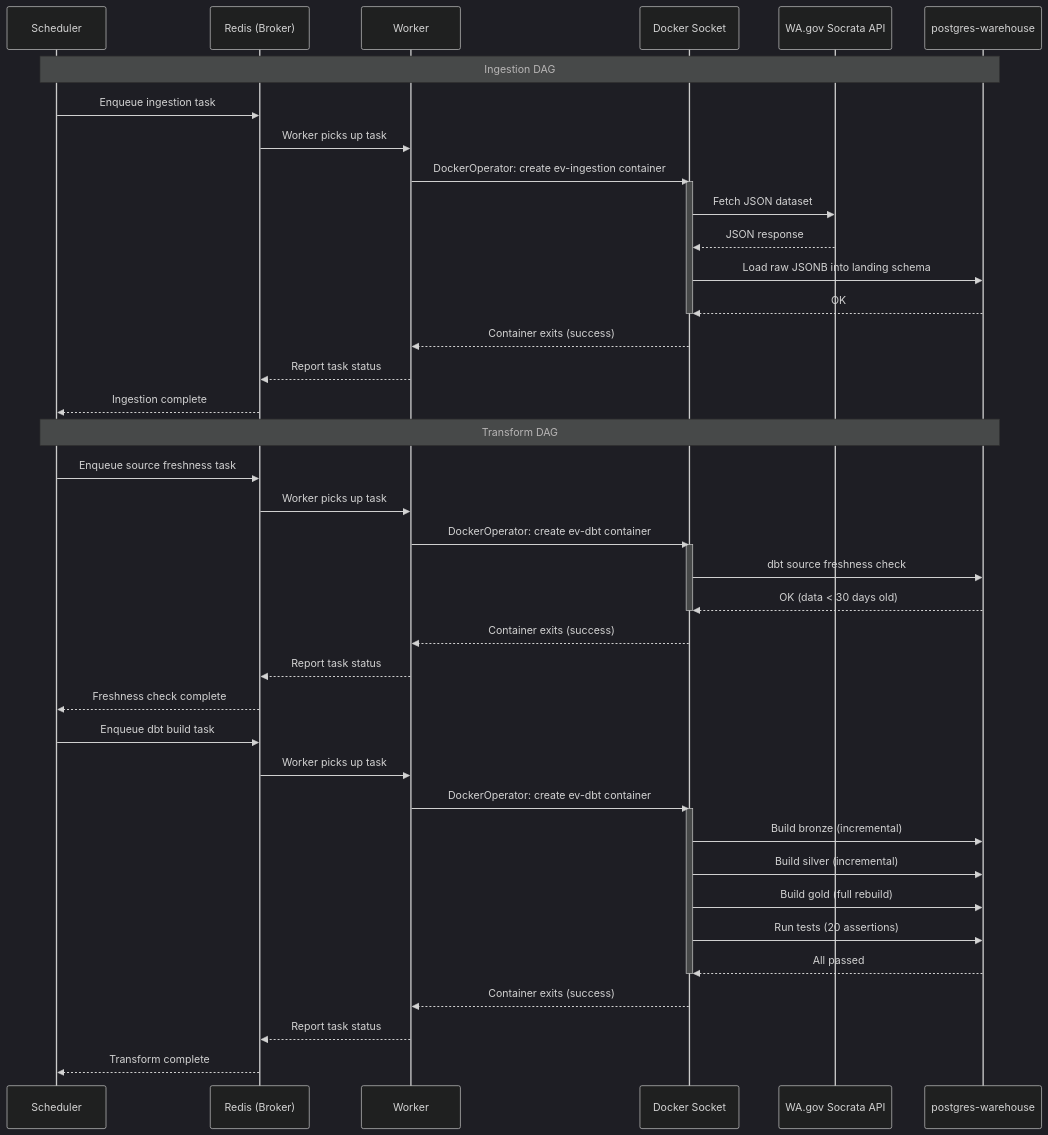
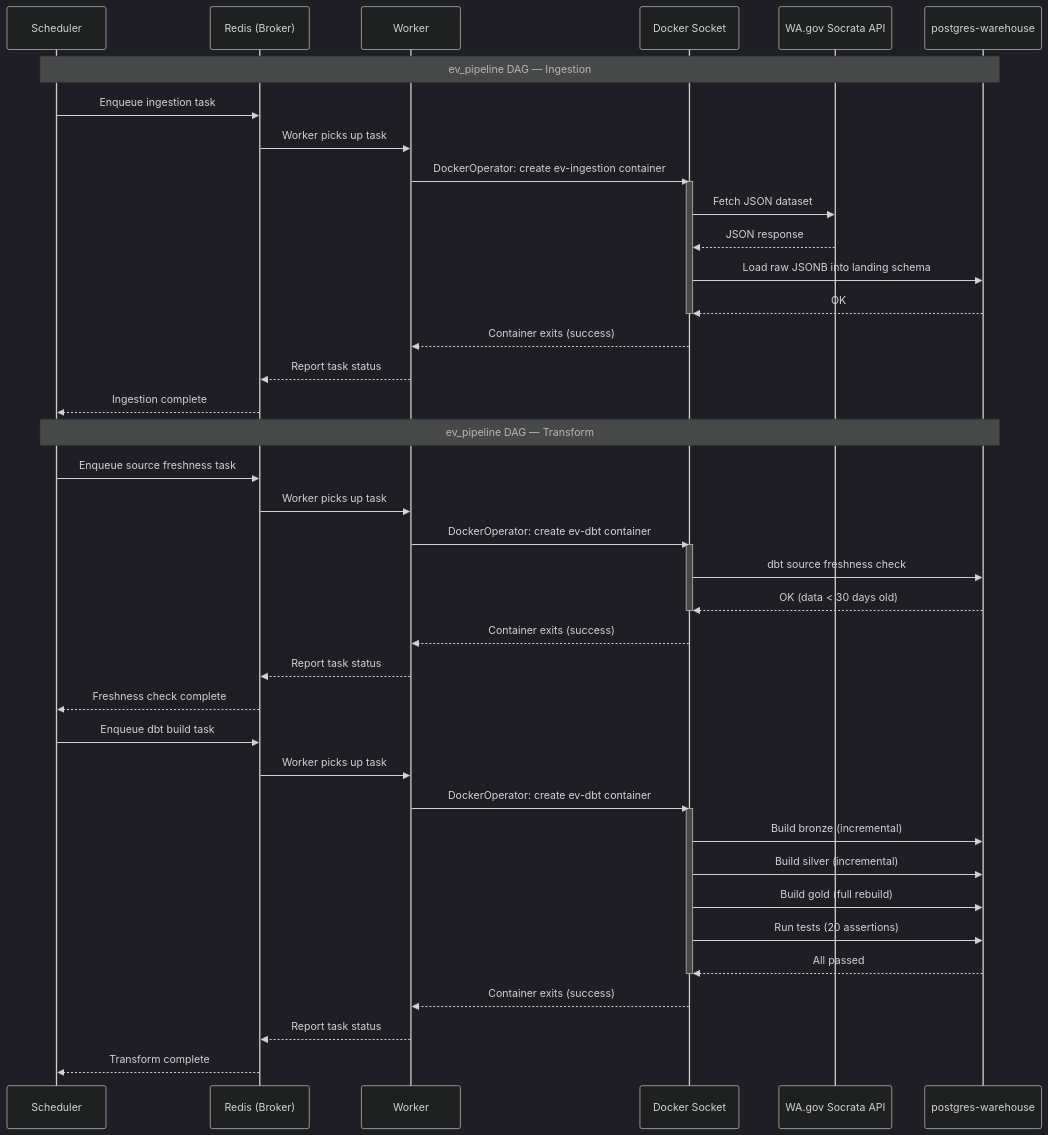
Before and after one commit to JP2620/data-ev-population: the diagram in docs/architecture.md, drawn with Mermaid (dark theme). The commit also changed 5 other files, not shown here.

````diff
--- a/docs/architecture.md
+++ b/docs/architecture.md
@@ -28,49 +28,49 @@
 ```mermaid
 sequenceDiagram
     participant S as Scheduler
     participant R as Redis (Broker)
     participant W as Worker
     participant D as Docker Socket
     participant API as WA.gov Socrata API
     participant PG as postgres-warehouse
 
-    Note over S,PG: Ingestion DAG
+    Note over S,PG: ev_pipeline DAG — Ingestion
     S->>R: Enqueue ingestion task
     R->>W: Worker picks up task
     W->>D: DockerOperator: create ev-ingestion container
     activate D
     D->>API: Fetch JSON dataset
     API-->>D: JSON response
     D->>PG: Load raw JSONB into landing schema
     PG-->>D: OK
     deactivate D
     D-->>W: Container exits (success)
     W-->>R: Report task status
     R-->>S: Ingestion complete
 
-    Note over S,PG: Transform DAG
+    Note over S,PG: ev_pipeline DAG — Transform
     S->>R: Enqueue source freshness task
     R->>W: Worker picks up task
     W->>D: DockerOperator: create ev-dbt container
     activate D
     D->>PG: dbt source freshness check
     PG-->>D: OK (data < 30 days old)
     deactivate D
     D-->>W: Container exits (success)
     W-->>R: Report task status
     R-->>S: Freshness check complete
 
     S->>R: Enqueue dbt build task
     R->>W: Worker picks up task
     W->>D: DockerOperator: create ev-dbt container
     activate D
     D->>PG: Build bronze (incremental)
     D->>PG: Build silver (incremental)
     D->>PG: Build gold (full rebuild)
     D->>PG: Run tests (20 assertions)
     PG-->>D: All passed
     deactivate D
     D-->>W: Container exits (success)
     W-->>R: Report task status
     R-->>S: Transform complete
 ```
````
